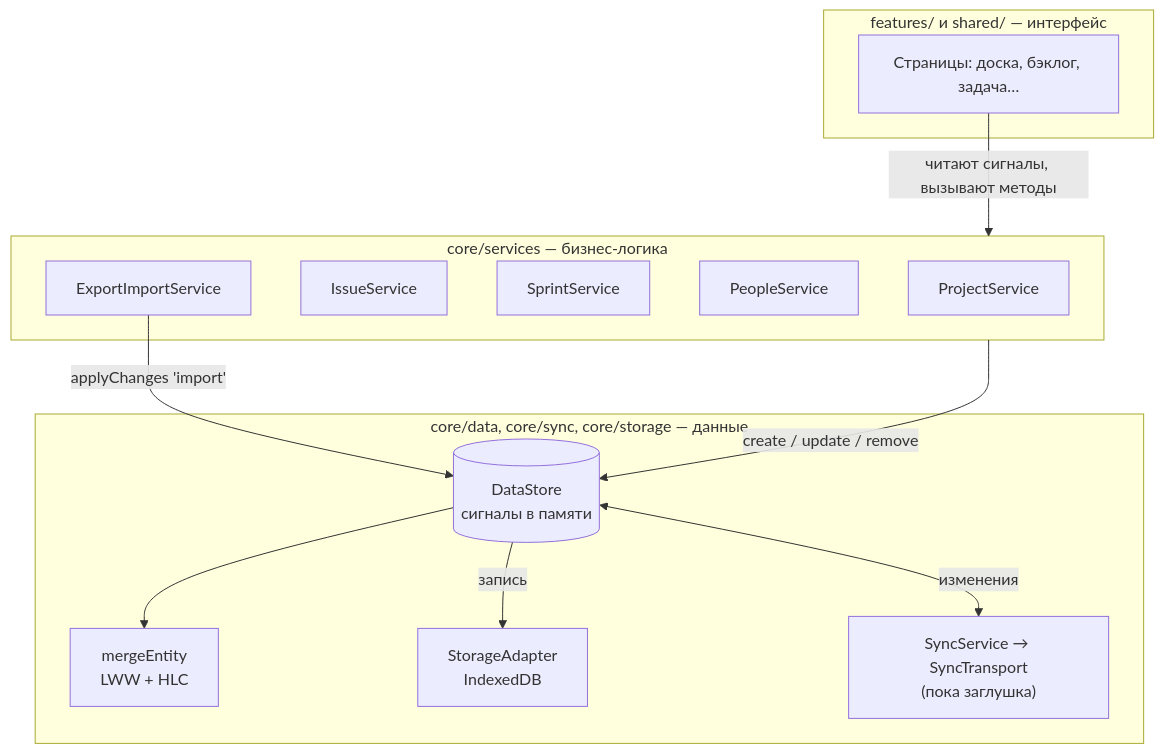
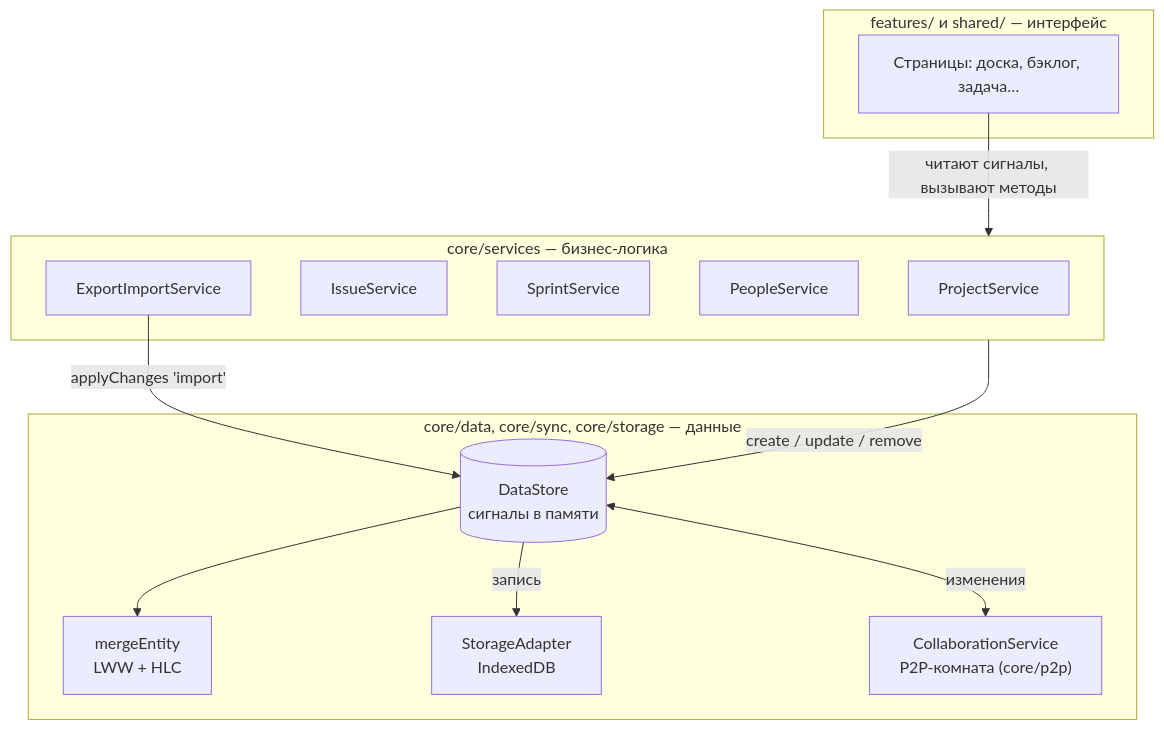
Before and after one commit to TitarenkoBA/task-tracker: the diagram in docs/architecture.md, drawn with Mermaid. The commit also changed other lines of this file and 10 other files, not shown here.

````diff
--- a/docs/architecture.md
+++ b/docs/architecture.md
@@ -18,25 +18,25 @@
 ```mermaid
 flowchart TB
   subgraph UI["features/ и shared/ — интерфейс"]
     Pages["Страницы: доска, бэклог, задача…"]
   end
   subgraph Domain["core/services — бизнес-логика"]
     PS[ProjectService]
     IS[IssueService]
     SS[SprintService]
     PeS[PeopleService]
     EIS[ExportImportService]
   end
   subgraph Data["core/data, core/sync, core/storage — данные"]
     DS[(DataStore<br/>сигналы в памяти)]
     Merge["mergeEntity<br/>LWW + HLC"]
     SA["StorageAdapter<br/>IndexedDB"]
-    Sync["SyncService → SyncTransport<br/>(пока заглушка)"]
+    Collab["CollaborationService<br/>P2P-комната (core/p2p)"]
   end
   Pages -->|читают сигналы, вызывают методы| Domain
   Domain -->|create / update / remove| DS
   EIS -->|applyChanges 'import'| DS
   DS --> Merge
   DS -->|запись| SA
-  DS <-->|изменения| Sync
+  DS <-->|изменения| Collab
 ```
````
